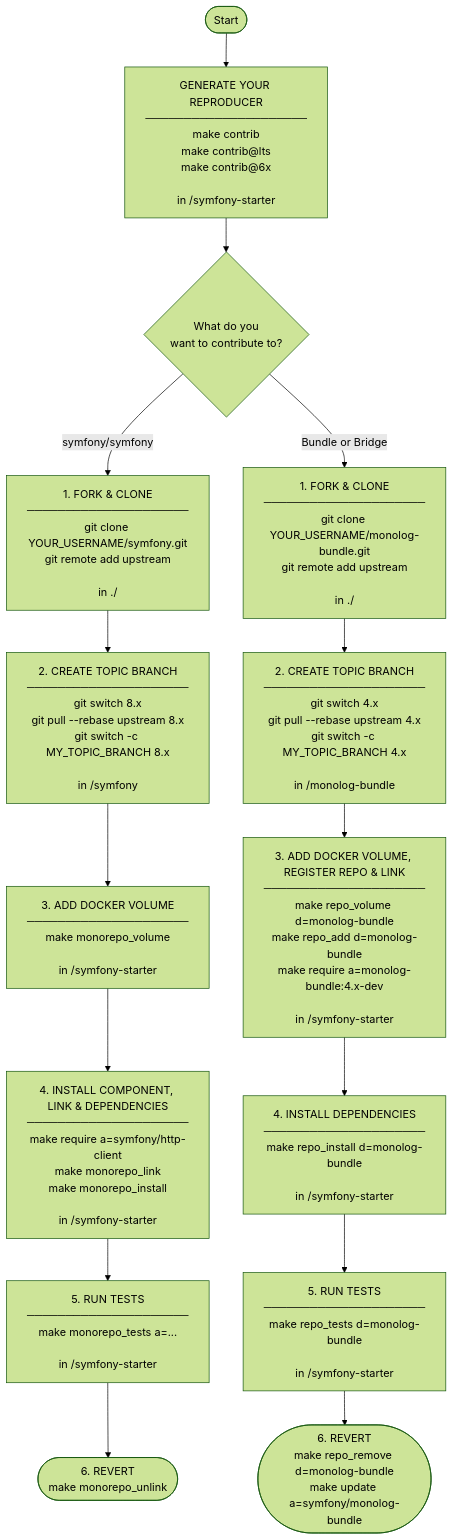
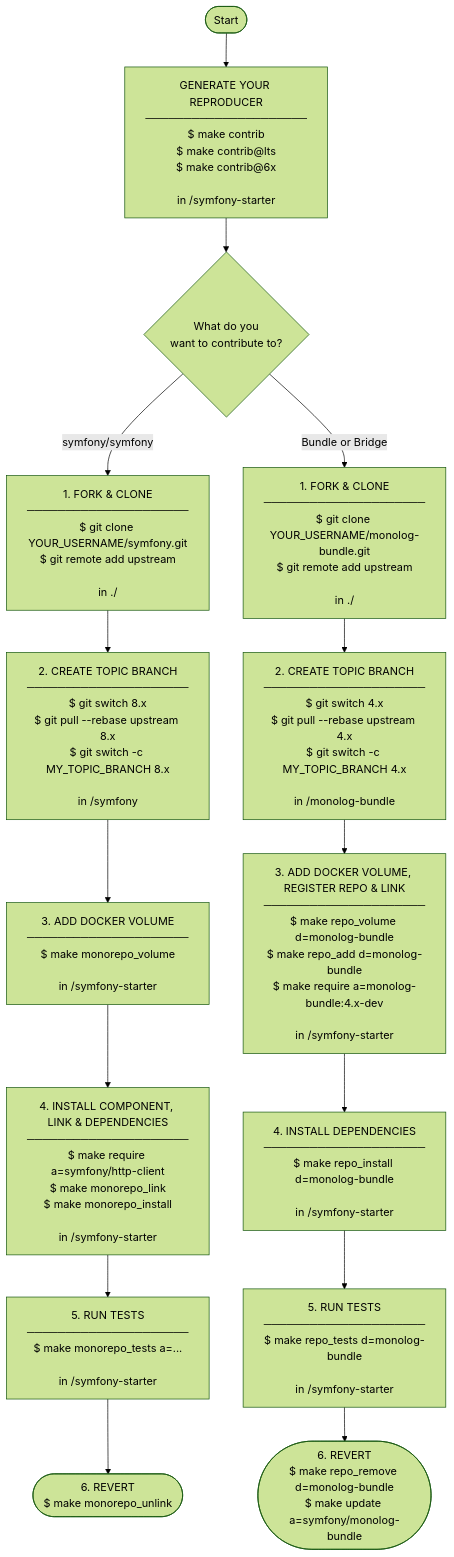
One commit to jprivet-dev/symfony-starter changed the diagram in .starter/docs/contrib.md. Above: the diagram before and after it, drawn with Mermaid (forest theme).

````diff
--- a/.starter/docs/contrib.md
+++ b/.starter/docs/contrib.md
@@ -220,32 +220,32 @@
 ```mermaid
 flowchart TD
   START([Start]) --> REPRODUCER
-  REPRODUCER["GENERATE YOUR REPRODUCER\n─────────────────────\nmake contrib\nmake contrib@lts\nmake contrib@6x\n\nin /symfony-starter"]
+  REPRODUCER["GENERATE YOUR REPRODUCER\n─────────────────────\n$ make contrib\n$ make contrib@lts\n$ make contrib@6x\n\nin /symfony-starter"]
   REPRODUCER --> CHOICE{What do you\nwant to contribute to?}
   CHOICE -->|symfony/symfony| M1
   CHOICE -->|Bundle or Bridge| B1
 %% ── MONOREPO WORKFLOW ──────────────────────────────────────
-  M1["1. FORK & CLONE\n─────────────────────\ngit clone YOUR_USERNAME/symfony.git\ngit remote add upstream\n\nin ./"]
+  M1["1. FORK & CLONE\n─────────────────────\n$ git clone YOUR_USERNAME/symfony.git\n$ git remote add upstream\n\nin ./"]
   M1 --> M2
-  M2["2. CREATE TOPIC BRANCH\n─────────────────────\ngit switch 8.x\ngit pull --rebase upstream 8.x\ngit switch -c MY_TOPIC_BRANCH 8.x\n\nin /symfony"]
+  M2["2. CREATE TOPIC BRANCH\n─────────────────────\n$ git switch 8.x\n$ git pull --rebase upstream 8.x\n$ git switch -c MY_TOPIC_BRANCH 8.x\n\nin /symfony"]
   M2 --> M3
-  M3["3. ADD DOCKER VOLUME\n─────────────────────\nmake monorepo_volume\n\nin /symfony-starter"]
+  M3["3. ADD DOCKER VOLUME\n─────────────────────\n$ make monorepo_volume\n\nin /symfony-starter"]
   M3 --> M4
-  M4["4. INSTALL COMPONENT, LINK & DEPENDENCIES\n─────────────────────\nmake require a=symfony/http-client\nmake monorepo_link\nmake monorepo_install\n\nin /symfony-starter"]
+  M4["4. INSTALL COMPONENT, LINK & DEPENDENCIES\n─────────────────────\n$ make require a=symfony/http-client\n$ make monorepo_link\n$ make monorepo_install\n\nin /symfony-starter"]
   M4 --> M5
-  M5["5. RUN TESTS\n─────────────────────\nmake monorepo_tests a=...\n\nin /symfony-starter"]
+  M5["5. RUN TESTS\n─────────────────────\n$ make monorepo_tests a=...\n\nin /symfony-starter"]
   M5 --> M6
-  M6(["6. REVERT\nmake monorepo_unlink"])
+  M6(["6. REVERT\n$ make monorepo_unlink"])
 %% ── BUNDLE WORKFLOW ────────────────────────────────────────
-  B1["1. FORK & CLONE\n─────────────────────\ngit clone YOUR_USERNAME/monolog-bundle.git\ngit remote add upstream\n\nin ./"]
+  B1["1. FORK & CLONE\n─────────────────────\n$ git clone YOUR_USERNAME/monolog-bundle.git\n$ git remote add upstream\n\nin ./"]
   B1 --> B2
-  B2["2. CREATE TOPIC BRANCH\n─────────────────────\ngit switch 4.x\ngit pull --rebase upstream 4.x\ngit switch -c MY_TOPIC_BRANCH 4.x\n\nin /monolog-bundle"]
+  B2["2. CREATE TOPIC BRANCH\n─────────────────────\n$ git switch 4.x\n$ git pull --rebase upstream 4.x\n$ git switch -c MY_TOPIC_BRANCH 4.x\n\nin /monolog-bundle"]
   B2 --> B3
-  B3["3. ADD DOCKER VOLUME, REGISTER REPO & LINK\n─────────────────────\nmake repo_volume d=monolog-bundle\nmake repo_add d=monolog-bundle\nmake require a=monolog-bundle:4.x-dev\n\nin /symfony-starter"]
+  B3["3. ADD DOCKER VOLUME, REGISTER REPO & LINK\n─────────────────────\n$ make repo_volume d=monolog-bundle\n$ make repo_add d=monolog-bundle\n$ make require a=monolog-bundle:4.x-dev\n\nin /symfony-starter"]
   B3 --> B4
-  B4["4. INSTALL DEPENDENCIES\n─────────────────────\nmake repo_install d=monolog-bundle\n\nin /symfony-starter"]
+  B4["4. INSTALL DEPENDENCIES\n─────────────────────\n$ make repo_install d=monolog-bundle\n\nin /symfony-starter"]
   B4 --> B5
-  B5["5. RUN TESTS\n─────────────────────\nmake repo_tests d=monolog-bundle\n\nin /symfony-starter"]
+  B5["5. RUN TESTS\n─────────────────────\n$ make repo_tests d=monolog-bundle\n\nin /symfony-starter"]
   B5 --> B6
-  B6(["6. REVERT\nmake repo_remove d=monolog-bundle\nmake update a=symfony/monolog-bundle"])
+  B6(["6. REVERT\n$ make repo_remove d=monolog-bundle\n$ make update a=symfony/monolog-bundle"])
 ```
````
